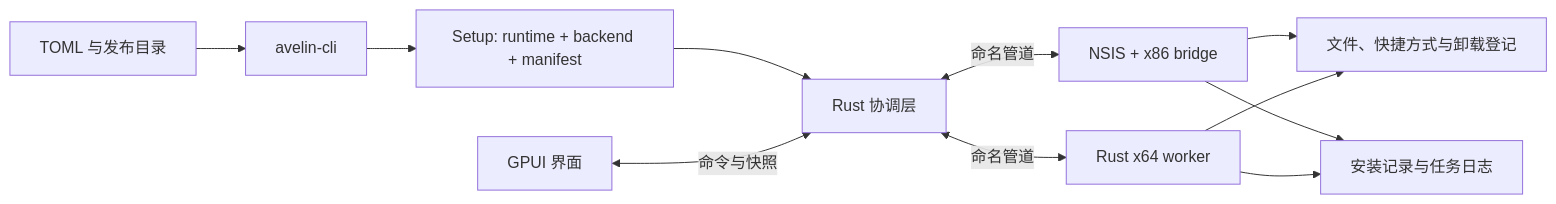
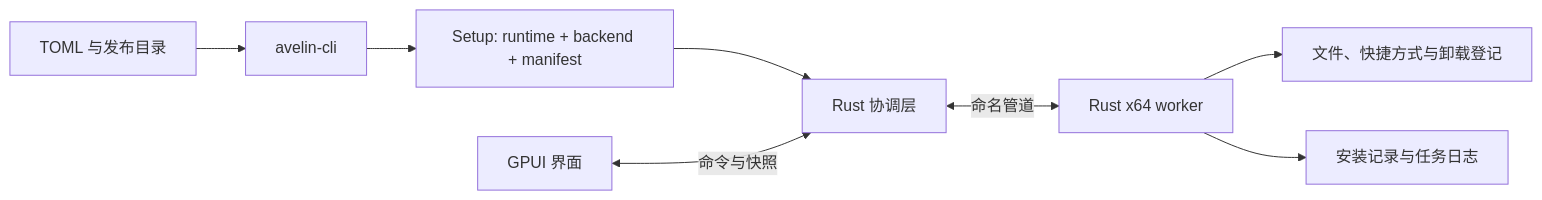
Before and after one commit to jincurry/avelin: the diagram in docs/architecture.md, drawn with Mermaid. The commit also changed other lines of this file and 104 other files, not shown here.

````diff
--- a/docs/architecture.md
+++ b/docs/architecture.md
@@ -7,13 +7,10 @@
 ```mermaid
 flowchart LR
   Config[TOML 与发布目录] --> CLI[avelin-cli]
   CLI --> Package[Setup: runtime + backend + manifest]
   Package --> Coordinator[Rust 协调层]
   UI[GPUI 界面] <-->|命令与快照| Coordinator
-  Coordinator <-->|命名管道| Bridge[NSIS + x86 bridge]
   Coordinator <-->|命名管道| Native[Rust x64 worker]
-  Bridge --> Resources[文件、快捷方式与卸载登记]
-  Bridge --> Receipt[安装记录与任务日志]
-  Native --> Resources
-  Native --> Receipt
+  Native --> Resources[文件、快捷方式与卸载登记]
+  Native --> Receipt[安装记录与任务日志]
 ```
````
